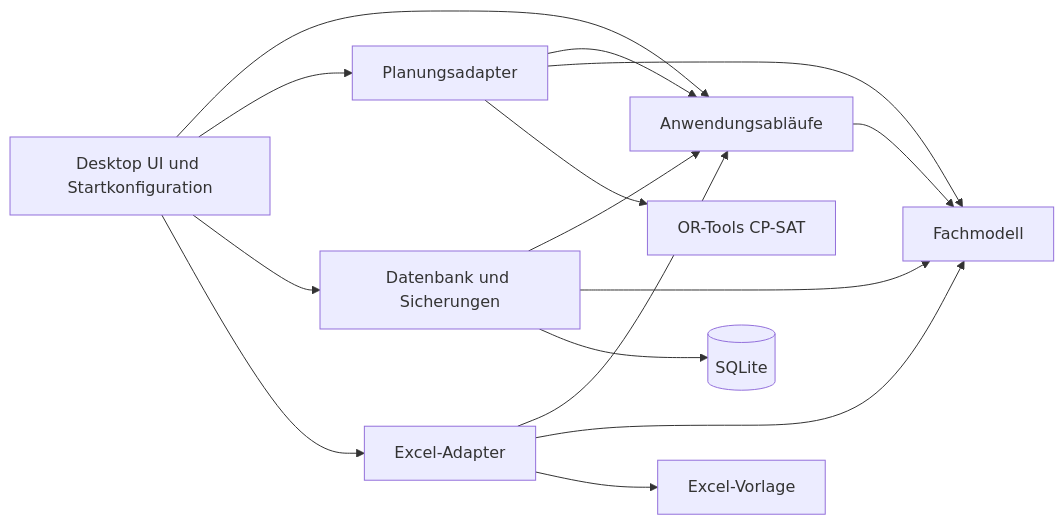
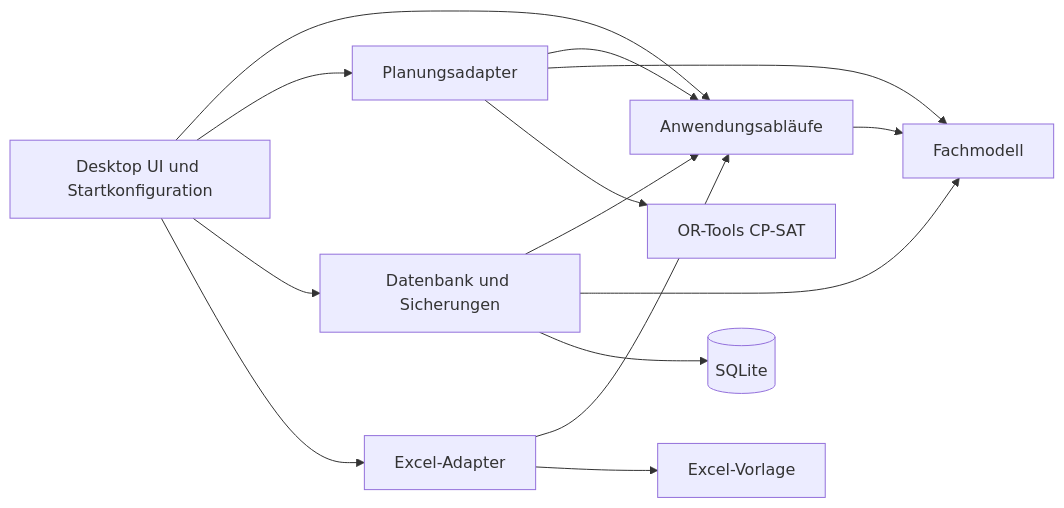
Before and after one commit to ZsoltF94/Salztal_Dienstplanung: the diagram in ARCHITECTURE.md, drawn with Mermaid. The commit also changed other lines of this file and 1 other file, not shown here.

````diff
--- a/ARCHITECTURE.md
+++ b/ARCHITECTURE.md
@@ -49,20 +49,19 @@
 ```mermaid
 flowchart LR
     Desktop[Desktop UI und Startkonfiguration] --> Application[Anwendungsabläufe]
     Application --> Domain[Fachmodell]
 
     Desktop --> Planning[Planungsadapter]
     Desktop --> Infrastructure[Datenbank und Sicherungen]
     Desktop --> Excel[Excel-Adapter]
 
     Planning --> Application
     Planning --> Domain
     Infrastructure --> Application
     Infrastructure --> Domain
     Excel --> Application
-    Excel --> Domain
 
     Planning --> OrTools[OR-Tools CP-SAT]
     Infrastructure --> SQLite[(SQLite)]
     Excel --> Template[Excel-Vorlage]
 ```
````
